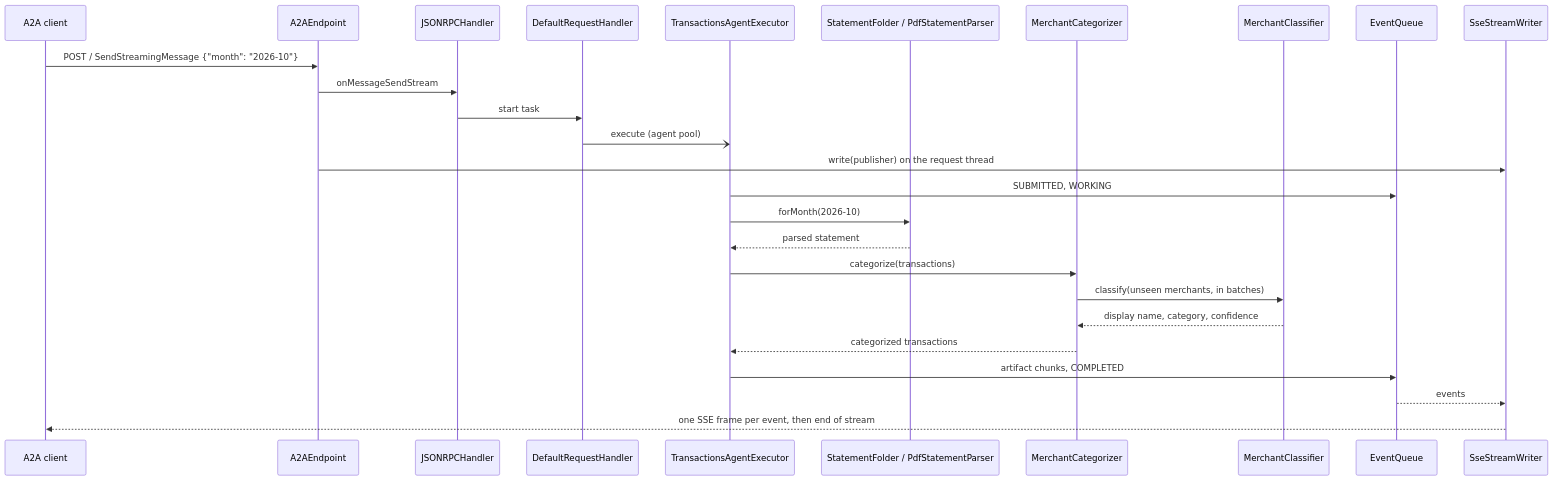
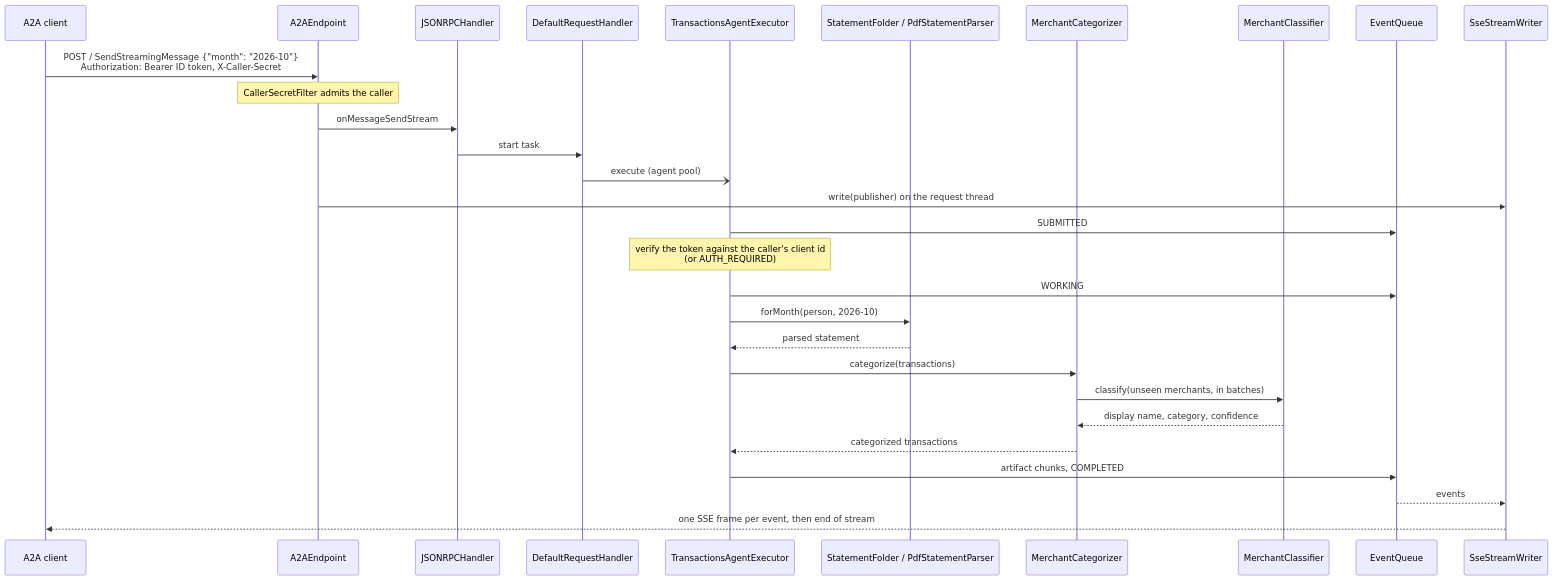
One commit to erancha/amex-agent changed the diagram in docs/architecture.md. Above: the diagram before and after it, drawn with Mermaid. The commit also changed other lines of this file and 70 other files, not shown here.

````diff
--- a/docs/architecture.md
+++ b/docs/architecture.md
@@ -43,29 +46,32 @@
 ```mermaid
 sequenceDiagram
   participant C as A2A client
   participant E as A2AEndpoint
   participant J as JSONRPCHandler
   participant D as DefaultRequestHandler
   participant X as TransactionsAgentExecutor
   participant F as StatementFolder / PdfStatementParser
   participant M as MerchantCategorizer
   participant L as MerchantClassifier
   participant Q as EventQueue
   participant S as SseStreamWriter
 
-  C->>E: POST / SendStreamingMessage {"month": "2026-10"}
+  C->>E: POST / SendStreamingMessage {"month": "2026-10"}<br/>Authorization: Bearer ID token, X-Caller-Secret
+  Note over E: CallerSecretFilter admits the caller
   E->>J: onMessageSendStream
   J->>D: start task
   D-)X: execute (agent pool)
   E->>S: write(publisher) on the request thread
-  X->>Q: SUBMITTED, WORKING
-  X->>F: forMonth(2026-10)
+  X->>Q: SUBMITTED
+  Note over X: verify the token against the caller's client id<br/>(or AUTH_REQUIRED)
+  X->>Q: WORKING
+  X->>F: forMonth(person, 2026-10)
   F-->>X: parsed statement
   X->>M: categorize(transactions)
   M->>L: classify(unseen merchants, in batches)
   L-->>M: display name, category, confidence
   M-->>X: categorized transactions
   X->>Q: artifact chunks, COMPLETED
   Q-->>S: events
   S-->>C: one SSE frame per event, then end of stream
 ```
````
